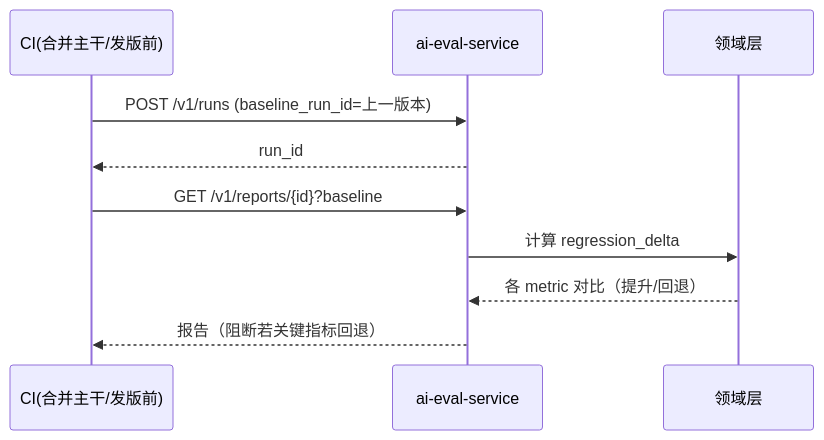
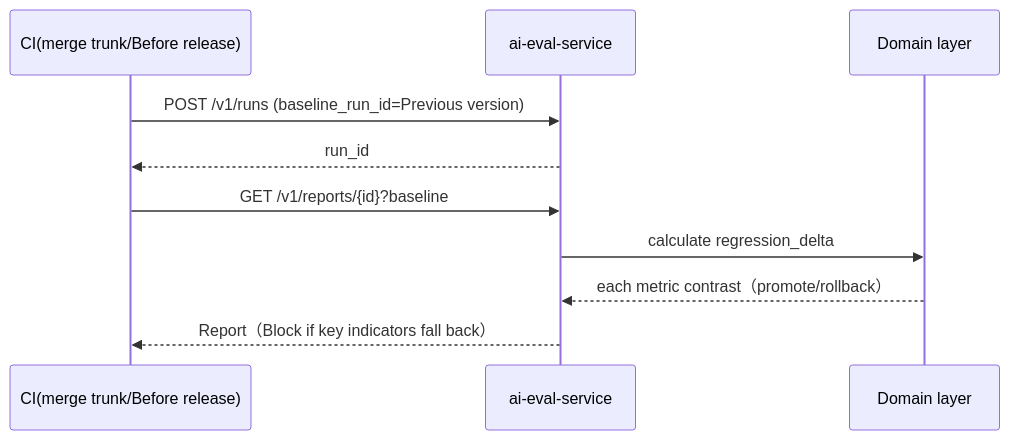
The fifth of 6 diagrams in design/DESIGN.md (open-strata-ai/ai-eval-service), drawn with Mermaid before and after one commit. The commit also changed other lines of this file and 11 other files, not shown here.

````diff
--- a/design/DESIGN.md
+++ b/design/DESIGN.md
@@ -442,12 +442,12 @@
 ```mermaid
 sequenceDiagram
-    participant CI as CI(合并主干/发版前)
+    participant CI as CI(merge trunk/Before release)
     participant API as ai-eval-service
-    participant DOM as 领域层
-    CI->>API: POST /v1/runs (baseline_run_id=上一版本)
+    participant DOM as Domain layer
+    CI->>API: POST /v1/runs (baseline_run_id=Previous version)
     API-->>CI: run_id
     CI->>API: GET /v1/reports/{id}?baseline
-    API->>DOM: 计算 regression_delta
-    DOM-->>API: 各 metric 对比（提升/回退）
-    API-->>CI: 报告（阻断若关键指标回退）
+    API->>DOM: calculate regression_delta
+    DOM-->>API: each metric contrast（promote/rollback）
+    API-->>CI: Report（Block if key indicators fall back）
 ```
````
